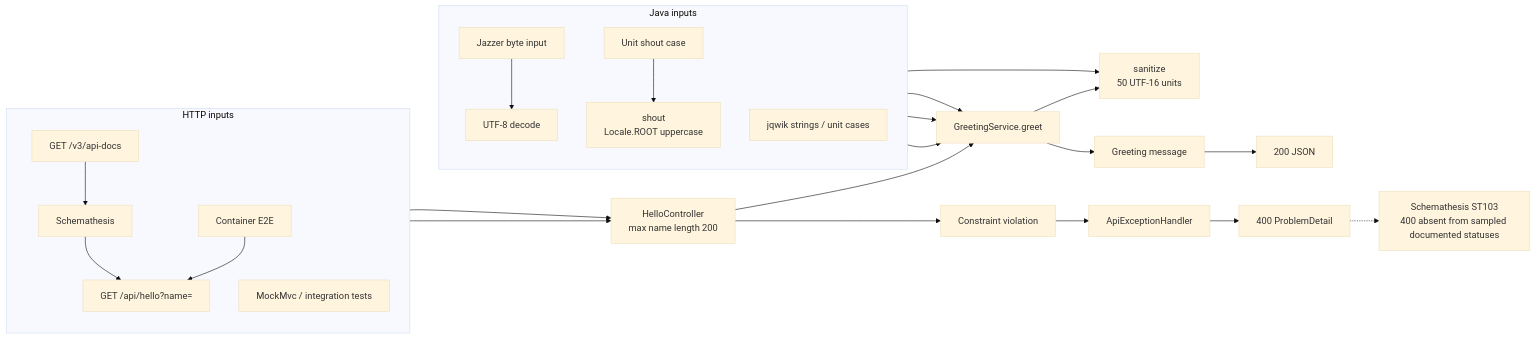
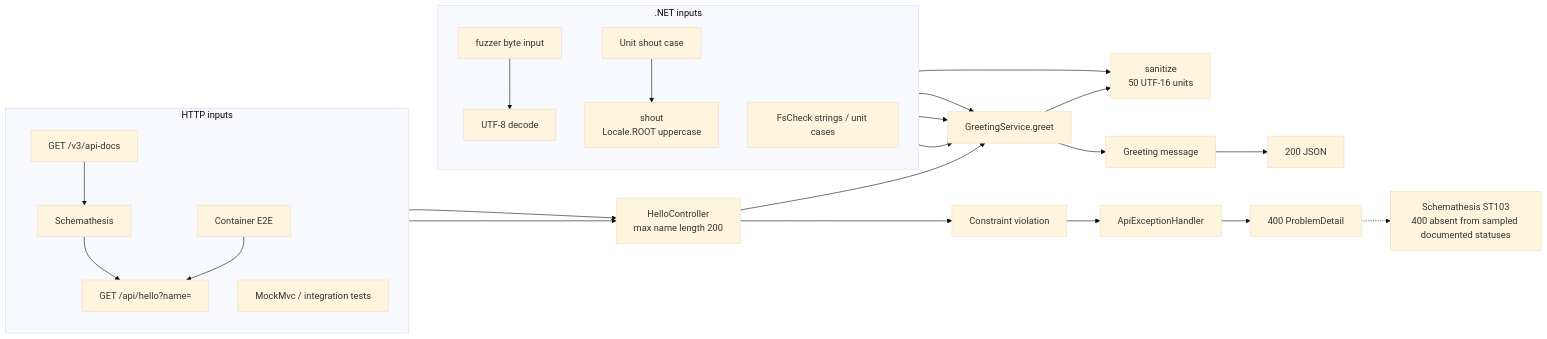
The diagram in docs/reports/fuzzing-summary-2026-11-10.md (ChristianPresley/agentic-pipelines), drawn with Mermaid (base theme) before and after one commit. The commit also changed other lines of this file and 104 other files, not shown here.

````diff
--- a/docs/reports/fuzzing-summary-2026-11-10.md
+++ b/docs/reports/fuzzing-summary-2026-11-10.md
@@ -55,29 +55,29 @@
 ```mermaid
 flowchart LR
-  subgraph JavaIn["Java inputs"]
+  subgraph DotnetIn[".NET inputs"]
     direction TB
-    Bytes["Jazzer byte input"] --> Decode["UTF-8 decode"]
-    Strings["jqwik strings / unit cases"]
+    Bytes["fuzzer byte input"] --> Decode["UTF-8 decode"]
+    Strings["FsCheck strings / unit cases"]
     Unit["Unit shout case"] --> Shout["shout<br/>Locale.ROOT uppercase"]
   end
   subgraph HttpIn["HTTP inputs"]
     direction TB
     Schema["GET /v3/api-docs"] --> Schem["Schemathesis"] --> Request["GET /api/hello?name="]
     E2E["Container E2E"] --> Request
     MVC["MockMvc / integration tests"]
   end
   Sanitize["sanitize<br/>50 UTF-16 units"]
   Greet["GreetingService.greet"]
   Controller["HelloController<br/>max name length 200"]
   Decode --> Greet
   Strings --> Greet
   Strings --> Sanitize
   Shout --> Greet
   Greet --> Sanitize
   Request --> Controller
   MVC --> Controller
   Controller --> Greet
   Greet --> DTO["Greeting message"] --> JSON["200 JSON"]
   Controller --> Violation["Constraint violation"] --> Handler["ApiExceptionHandler"] --> Problem["400 ProblemDetail"]
   Problem -.-> ST["Schemathesis ST103<br/>400 absent from sampled documented statuses"]
 ```
````
